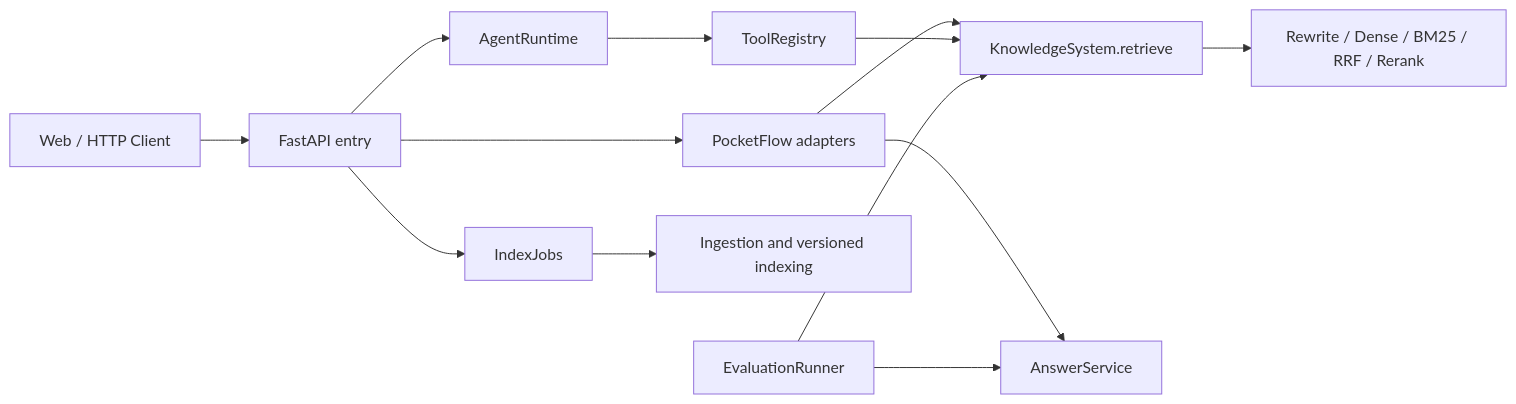
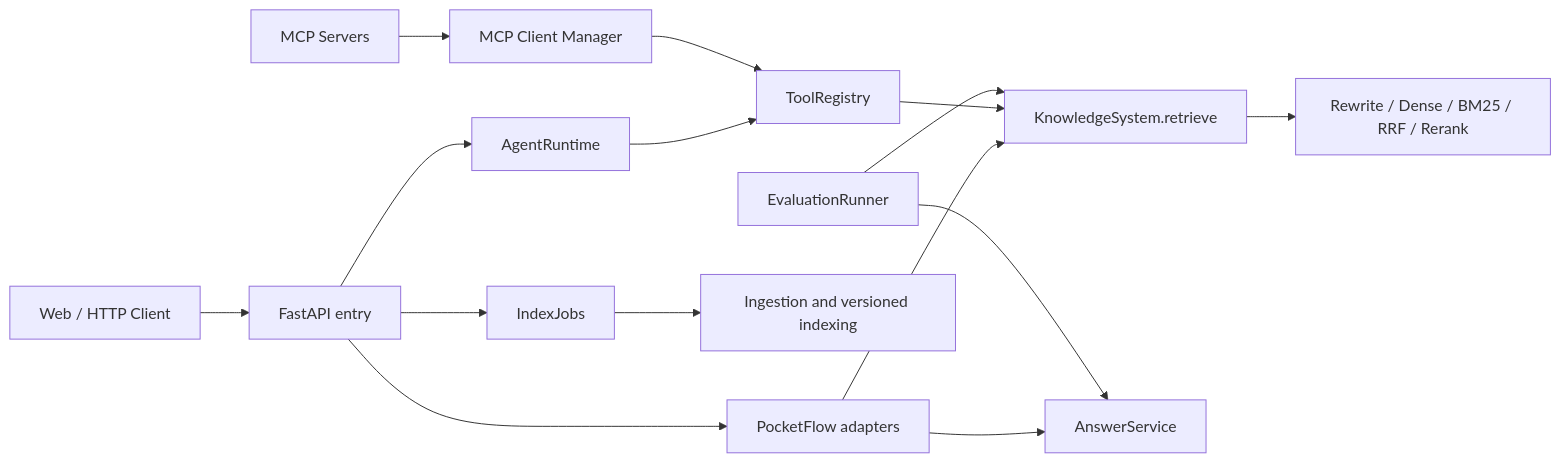
Before and after one commit to CaydenZheng/RAG: the diagram in README.md, drawn with Mermaid. The commit also changed other lines of this file and 3 other files, not shown here.

````diff
--- a/README.md
+++ b/README.md
@@ -23,15 +24,17 @@
 ```mermaid
 flowchart LR
     Client[Web / HTTP Client] --> API[FastAPI entry]
     API --> RAGFlow[PocketFlow adapters]
     RAGFlow --> Knowledge[KnowledgeSystem.retrieve]
     Knowledge --> Retrieval[Rewrite / Dense / BM25 / RRF / Rerank]
     RAGFlow --> Answer[AnswerService]
     API --> Runtime[AgentRuntime]
     Runtime --> Tools[ToolRegistry]
+    MCPServers[MCP Servers] --> MCP[MCP Client Manager]
+    MCP --> Tools
     Tools --> Knowledge
     API --> Jobs[IndexJobs]
     Jobs --> Indexing[Ingestion and versioned indexing]
     Eval[EvaluationRunner] --> Knowledge
     Eval --> Answer
 ```
````
